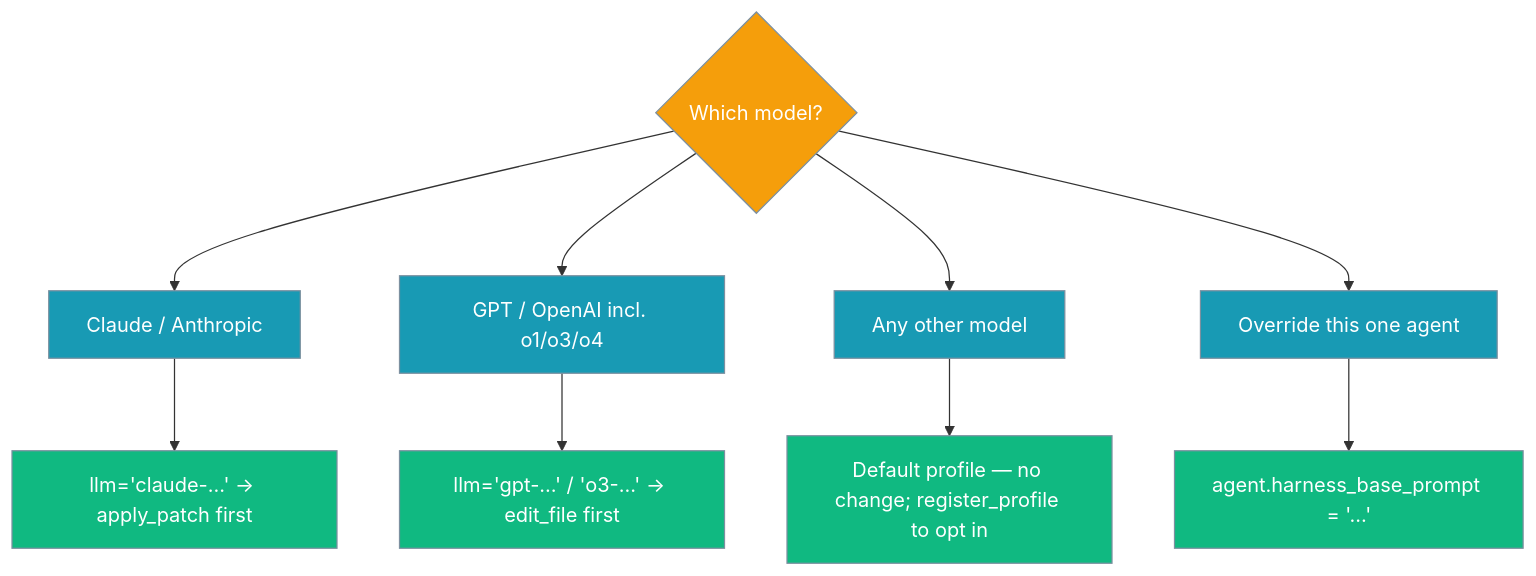
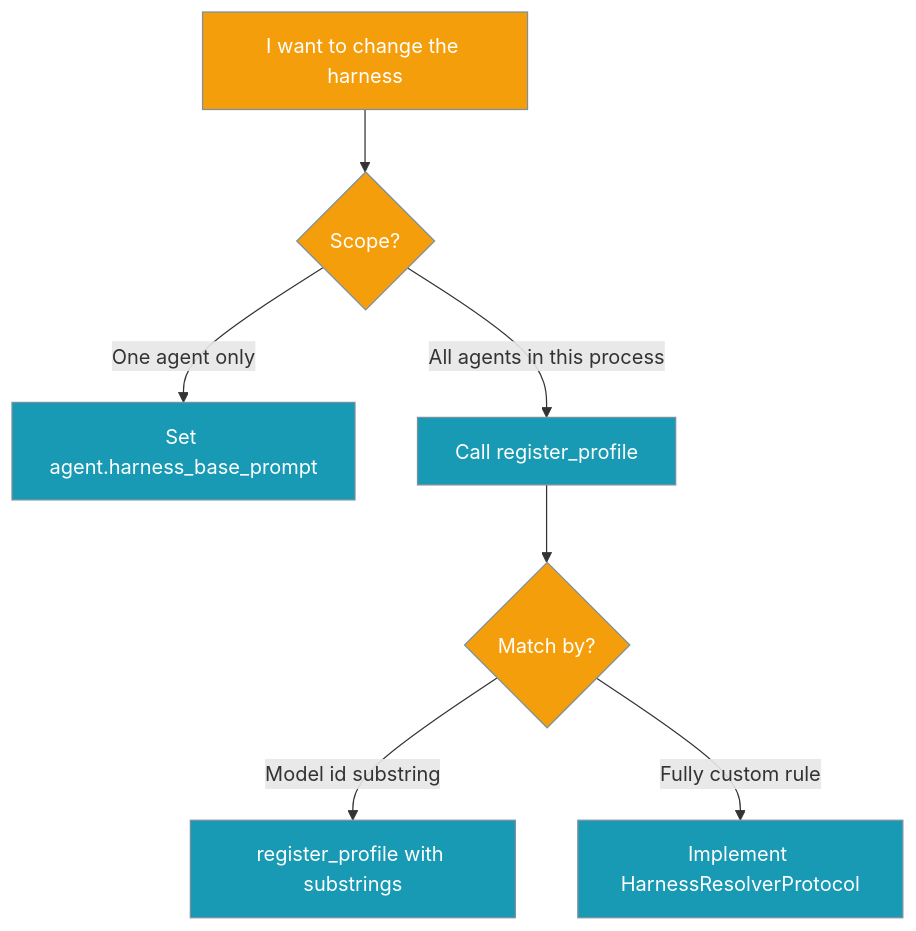
Before and after one commit to MervinPraison/PraisonAIDocs: the third of 3 diagrams in docs/features/model-harness.mdx, drawn with Mermaid. The commit also changed other lines of this file and 3 other files, not shown here.

First line of the commit message:
docs: document model-family-aware agent harness (fixes #1881)

````diff
--- a/docs/features/model-harness.mdx
+++ b/docs/features/model-harness.mdx
@@ -187,20 +169,15 @@
 ```mermaid
 graph TB
-    Start{Which model?} --> Claude[Claude / Anthropic]
-    Start --> GPT[GPT / OpenAI incl. o1/o3/o4]
-    Start --> Other[Any other model]
-    Start --> One[Override this one agent]
+    Start[I want to change the harness]
+    Start --> Scope{Scope?}
+    Scope -->|One agent only| Attr[Set agent.harness_base_prompt]
+    Scope -->|All agents in this process| Reg[Call register_profile]
+    Reg --> Match{Match by?}
+    Match -->|Model id substring| RegSub[register_profile with substrings]
+    Match -->|Fully custom rule| Proto[Implement HarnessResolverProtocol]
 
-    Claude --> ClaudeR[llm='claude-…' → apply_patch first]
-    GPT --> GPTR[llm='gpt-…' / 'o3-…' → edit_file first]
-    Other --> OtherR[Default profile — no change; register_profile to opt in]
-    One --> OneR[agent.harness_base_prompt = '…']
-
-    classDef q fill:#F59E0B,stroke:#7C90A0,color:#fff
-    classDef opt fill:#189AB4,stroke:#7C90A0,color:#fff
-    classDef res fill:#10B981,stroke:#7C90A0,color:#fff
-
-    class Start q
-    class Claude,GPT,Other,One opt
-    class ClaudeR,GPTR,OtherR,OneR res
+    classDef decision fill:#F59E0B,stroke:#7C90A0,color:#fff
+    classDef action fill:#189AB4,stroke:#7C90A0,color:#fff
+    class Start,Scope,Match decision
+    class Attr,Reg,RegSub,Proto action
 ```
````
